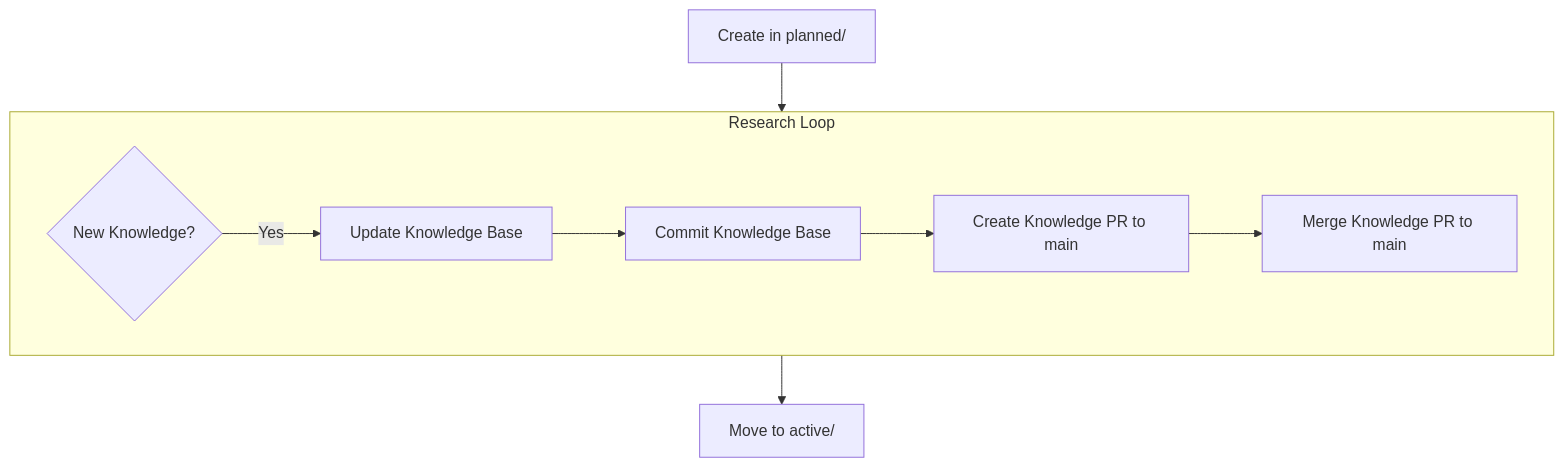
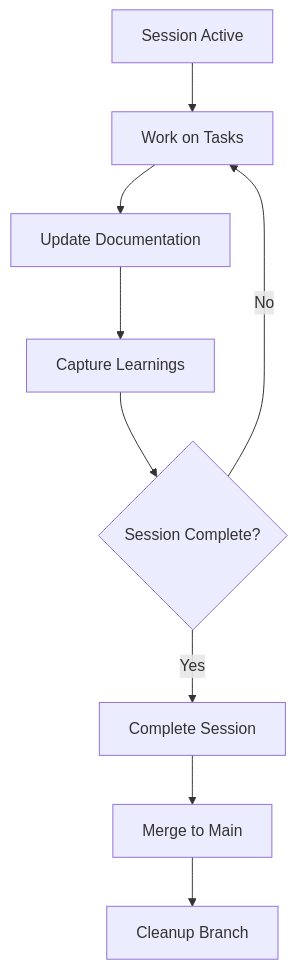
Before and after one commit to cristoslc/LLM-coding-agent-patterns: the second of 3 diagrams in _AGENTS/sessions/SESSIONS-REFERENCE.md, drawn with Mermaid. The commit also changed other lines of this file and 4 other files, not shown here.

````diff
--- a/_AGENTS/sessions/SESSIONS-REFERENCE.md
+++ b/_AGENTS/sessions/SESSIONS-REFERENCE.md
@@ -271,13 +381,11 @@
 ```mermaid
 flowchart TD
-    CreatePlanned["Create in planned/"] --> ResearchLoop["Research & Planning Loop"]
-    subgraph ResearchLoop["Research Loop"]
-        CheckKnowledge{"New Knowledge?"}
-        CheckKnowledge -->|"Yes"| UpdateKnowledge["Update Knowledge Base"]
-        UpdateKnowledge --> CommitKnowledge["Commit Knowledge Base"]
-        CommitKnowledge --> CreateKnowledgePR["Create Knowledge PR to main"]
-        CreateKnowledgePR --> MergeKnowledgePR["Merge Knowledge PR to main"]
-        MergeKnowledgePR
-    end
-    ResearchLoop --> MoveActive["Move to active/"]
+    Start["Session Active"] --> Work["Work on Tasks"]
+    Work --> Update["Update Documentation"]
+    Update --> Learn["Capture Learnings"]
+    Learn --> Check{"Session Complete?"}
+    Check -->|"No"| Work
+    Check -->|"Yes"| Complete["Complete Session"]
+    Complete --> Merge["Merge to Main"]
+    Merge --> Cleanup["Cleanup Branch"]
 ```
````
